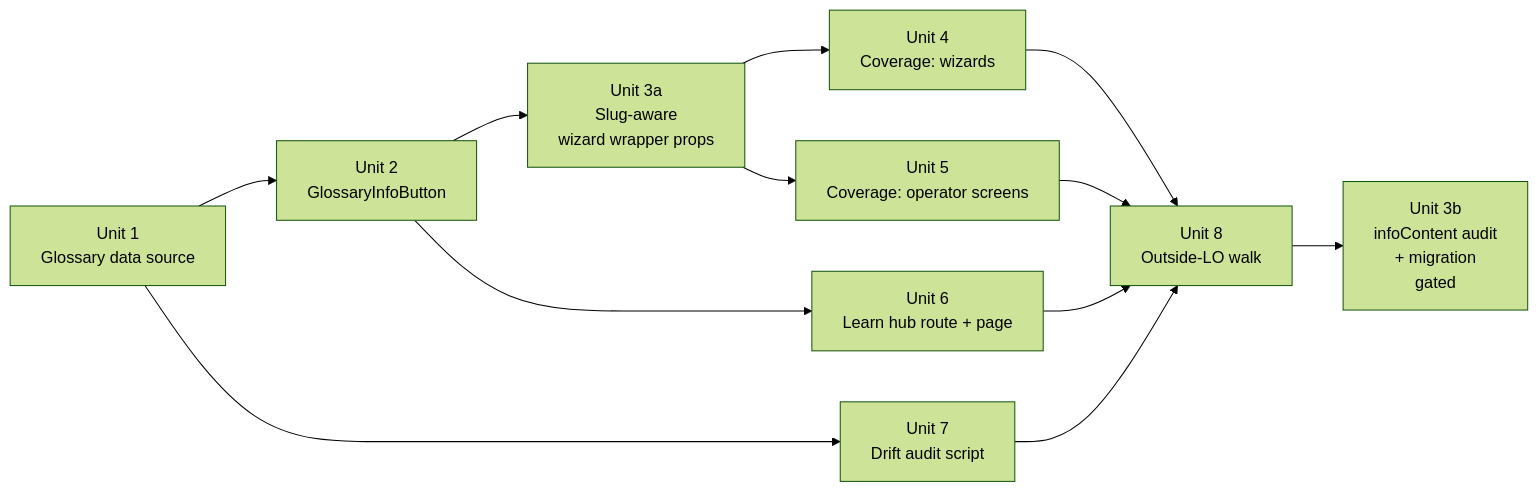
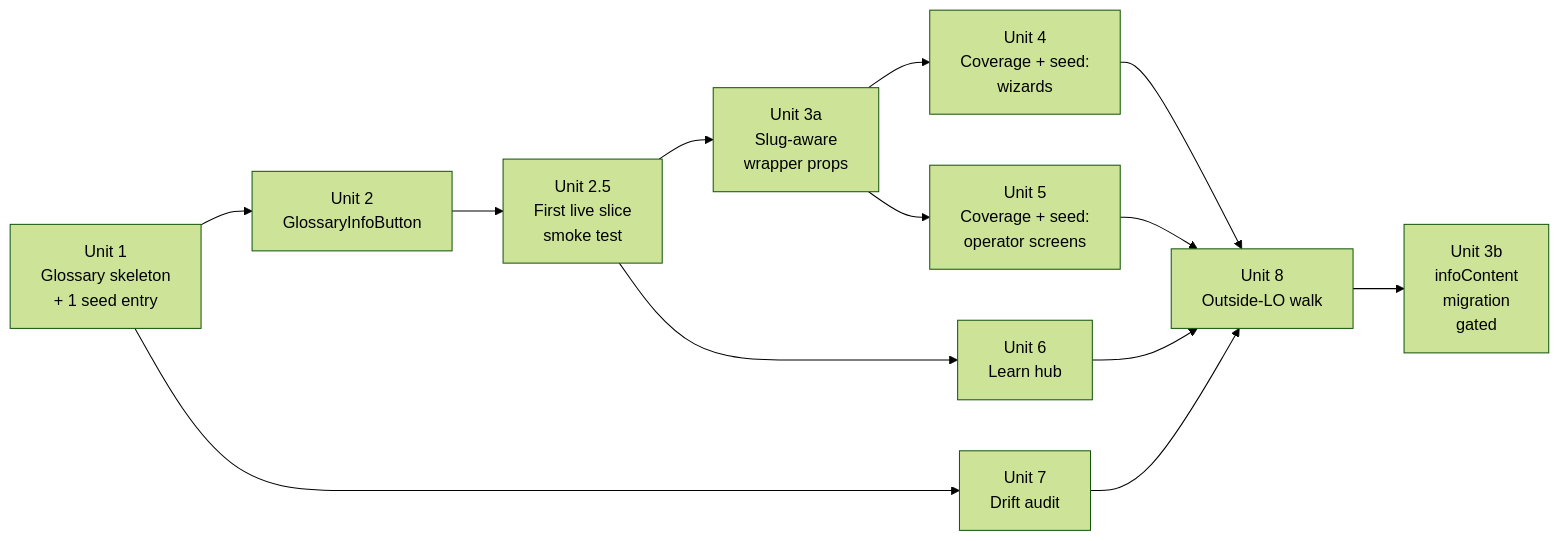
One commit to jacked-apps/rackem-leagues changed the diagram in docs/plans/2026-05-28-001-feat-operator-help-system-phase-1-plan.md. Above: the diagram before and after it, drawn with Mermaid (forest theme). The commit also changed other lines of this file, not shown here.

First line of the commit message:
docs(plan): add Unit 2.5 first-live-slice; tighten plan

````diff
--- a/docs/plans/2026-05-28-001-feat-operator-help-system-phase-1-plan.md
+++ b/docs/plans/2026-05-28-001-feat-operator-help-system-phase-1-plan.md
@@ -200,14 +146,15 @@
 ```mermaid
 graph LR
-  U1[Unit 1<br/>Glossary data source] --> U2[Unit 2<br/>GlossaryInfoButton]
-  U1 --> U7[Unit 7<br/>Drift audit script]
-  U2 --> U3a[Unit 3a<br/>Slug-aware<br/>wizard wrapper props]
-  U3a --> U4[Unit 4<br/>Coverage: wizards]
-  U3a --> U5[Unit 5<br/>Coverage: operator screens]
-  U2 --> U6[Unit 6<br/>Learn hub route + page]
+  U1[Unit 1<br/>Glossary skeleton<br/>+ 1 seed entry] --> U2[Unit 2<br/>GlossaryInfoButton]
+  U2 --> U25[Unit 2.5<br/>First live slice<br/>smoke test]
+  U25 --> U3a[Unit 3a<br/>Slug-aware<br/>wrapper props]
+  U25 --> U6[Unit 6<br/>Learn hub]
+  U3a --> U4[Unit 4<br/>Coverage + seed:<br/>wizards]
+  U3a --> U5[Unit 5<br/>Coverage + seed:<br/>operator screens]
+  U1 --> U7[Unit 7<br/>Drift audit]
   U4 --> U8[Unit 8<br/>Outside-LO walk]
   U5 --> U8
   U6 --> U8
   U7 --> U8
-  U8 --> U3b[Unit 3b<br/>infoContent audit<br/>+ migration<br/>gated]
+  U8 --> U3b[Unit 3b<br/>infoContent<br/>migration<br/>gated]
 ```
````
